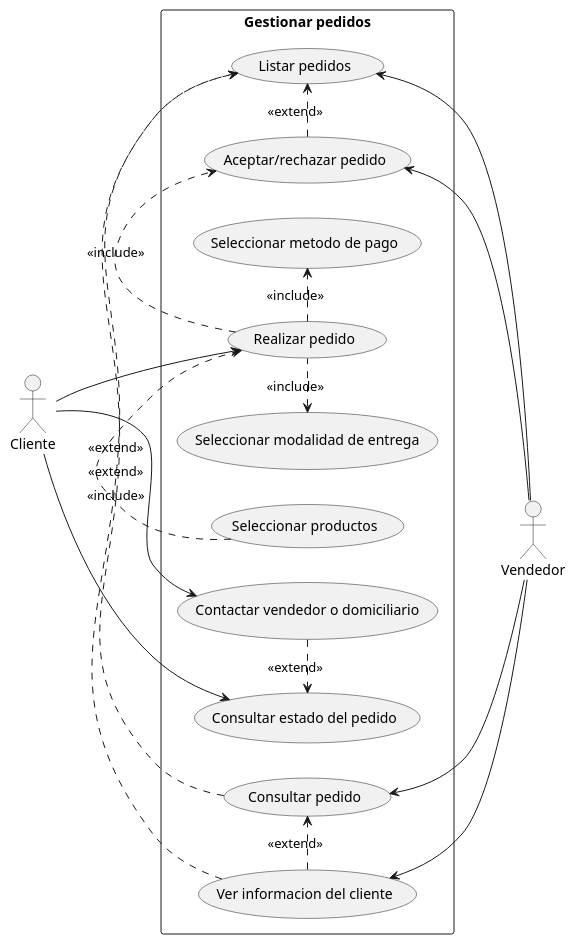
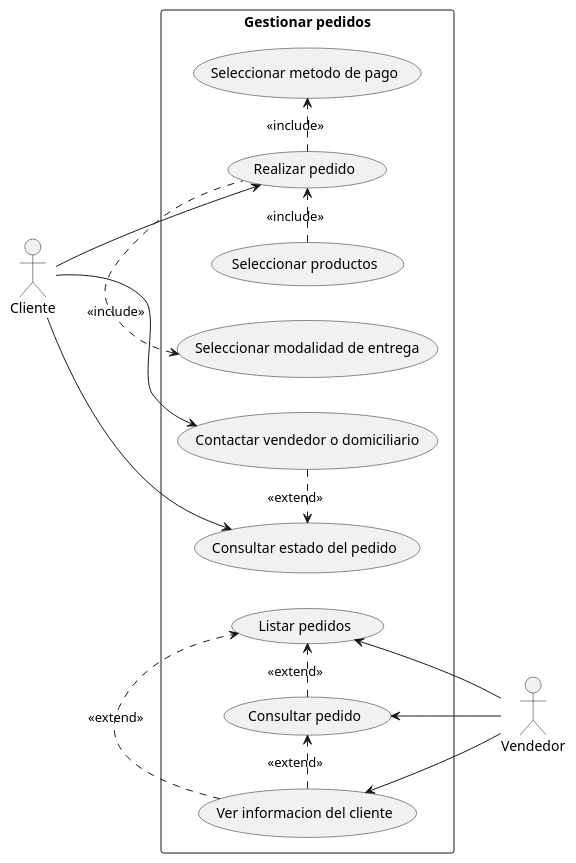
The diagram in casos de uso/gestionar_pedidos.puml (RAAR-18/napa), drawn with PlantUML before and after one commit. The commit also changed 3 other files, not shown here.

```diff
--- a/casos de uso/gestionar_pedidos.puml
+++ b/casos de uso/gestionar_pedidos.puml
@@ -1,39 +1,35 @@
 @startuml
 
 left to right direction
 
 actor "Vendedor" as v
 actor "Cliente" as c
 
 rectangle "Gestionar pedidos" {
     usecase "Realizar pedido" as UC1
     usecase "Consultar estado del pedido" as UC2
     usecase "Contactar vendedor o domiciliario" as UC3
     usecase "Listar pedidos" as UC5
     usecase "Consultar pedido" as UC6
-    usecase "Aceptar/rechazar pedido" as UC7
     usecase "Seleccionar metodo de pago" as UC8
     usecase "Seleccionar modalidad de entrega" as UC9
     usecase "Seleccionar productos" as UC10
     usecase "Ver informacion del cliente" as UC11
 }
 
 c --> UC1
 c --> UC2
 c --> UC3
 
 UC5 <-- v
 UC6 <-- v
-UC7 <-- v
 UC11 <-- v
 
-UC1 .> UC7 : <<include>>
 UC1 .> UC8 : <<include>>
 UC9 <. UC1 : <<include>>
 UC10 .> UC1 : <<include>>
 UC6 .> UC5 : <<extend>>
 UC3 .> UC2 : <<extend>>
-UC7 .> UC5 : <<extend>>
 UC11 .> UC5 : <<extend>>
 UC11 .> UC6 : <<extend>>
 @enduml
```
